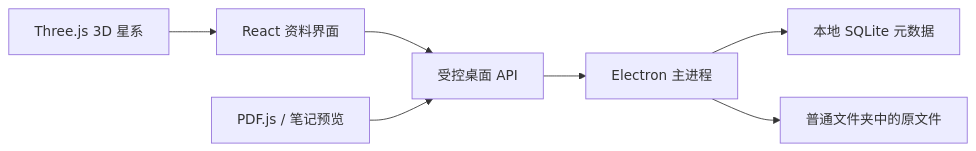
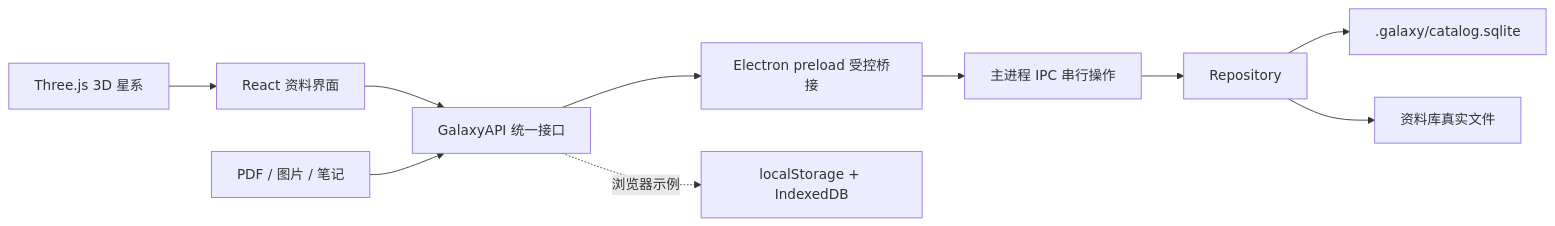
One commit to kur111su/noteorbit changed the diagram in README.md. Above: the diagram before and after it, drawn with Mermaid. The commit also changed other lines of this file and 36 other files, not shown here.

````diff
--- a/README.md
+++ b/README.md
@@ -83,9 +276,12 @@
 ```mermaid
 flowchart LR
-  UI[React 资料界面] --> API[受控桌面 API]
+  UI[React 资料界面] --> API[GalaxyAPI 统一接口]
   Graph[Three.js 3D 星系] --> UI
-  Preview[PDF.js / 笔记预览] --> API
-  API --> Main[Electron 主进程]
-  Main --> Catalog[本地 SQLite 元数据]
-  Main --> Files[普通文件夹中的原文件]
+  Preview[PDF / 图片 / 笔记] --> API
+  API --> Bridge[Electron preload 受控桥接]
+  Bridge --> Main[主进程 IPC 串行操作]
+  Main --> Repo[Repository]
+  Repo --> DB[.galaxy/catalog.sqlite]
+  Repo --> Files[资料库真实文件]
+  API -. 浏览器示例 .-> Demo[localStorage + IndexedDB]
 ```
````
